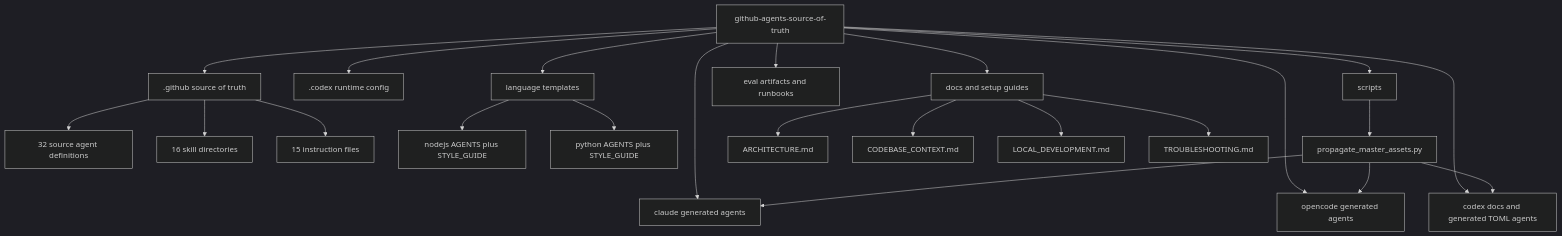
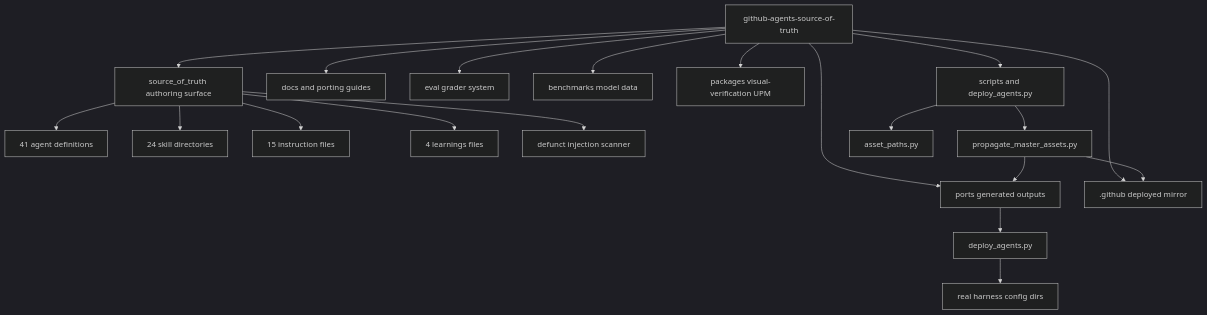
One commit to threnjen/thren-agentic-workflows changed the first of 4 diagrams in docs/ARCHITECTURE.md. Above: the diagram before and after it, drawn with Mermaid (dark theme). The commit also changed other lines of this file and 687 other files, not shown here.

````diff
--- a/docs/ARCHITECTURE.md
+++ b/docs/ARCHITECTURE.md
@@ -17,31 +23,26 @@
 ```mermaid
 flowchart TD
     Root[github-agents-source-of-truth]
 
-    Root --> GH[.github source of truth]
-    Root --> Claude[claude generated agents]
-    Root --> OpenCode[opencode generated agents]
-    Root --> Codex[codex docs and generated TOML agents]
-    Root --> Runtime[.codex runtime config]
-    Root --> Templates[language templates]
-    Root --> Docs[docs and setup guides]
-    Root --> Eval[eval artifacts and runbooks]
-    Root --> Scripts[scripts]
+    Root --> SOT[source_of_truth authoring surface]
+    Root --> Ports[ports generated outputs]
+    Root --> DotGithub[.github deployed mirror]
+    Root --> Docs[docs and porting guides]
+    Root --> Eval[eval grader system]
+    Root --> Bench[benchmarks model data]
+    Root --> Pkg[packages visual-verification UPM]
+    Root --> Scripts[scripts and deploy_agents.py]
 
-    GH --> GHAgents[32 source agent definitions]
-    GH --> GHSkills[16 skill directories]
-    GH --> GHInstructions[15 instruction files]
-
-    Templates --> Node[nodejs AGENTS plus STYLE_GUIDE]
-    Templates --> Python[python AGENTS plus STYLE_GUIDE]
+    SOT --> Agents[41 agent definitions]
+    SOT --> Skills[24 skill directories]
+    SOT --> Instructions[15 instruction files]
+    SOT --> Learnings[4 learnings files]
+    SOT --> Hooks[defunct injection scanner]
 
     Scripts --> Propagate[propagate_master_assets.py]
-    Propagate --> Claude
-    Propagate --> OpenCode
-    Propagate --> Codex
-
-    Docs --> ArchitectureDoc[ARCHITECTURE.md]
-    Docs --> ContextDoc[CODEBASE_CONTEXT.md]
-    Docs --> LocalDevDoc[LOCAL_DEVELOPMENT.md]
-    Docs --> TroubleshootingDoc[TROUBLESHOOTING.md]
+    Scripts --> Shared[asset_paths.py]
+    Propagate --> Ports
+    Propagate --> DotGithub
+    Deploy[deploy_agents.py] --> RealDirs[real harness config dirs]
+    Ports --> Deploy
 ```
````
